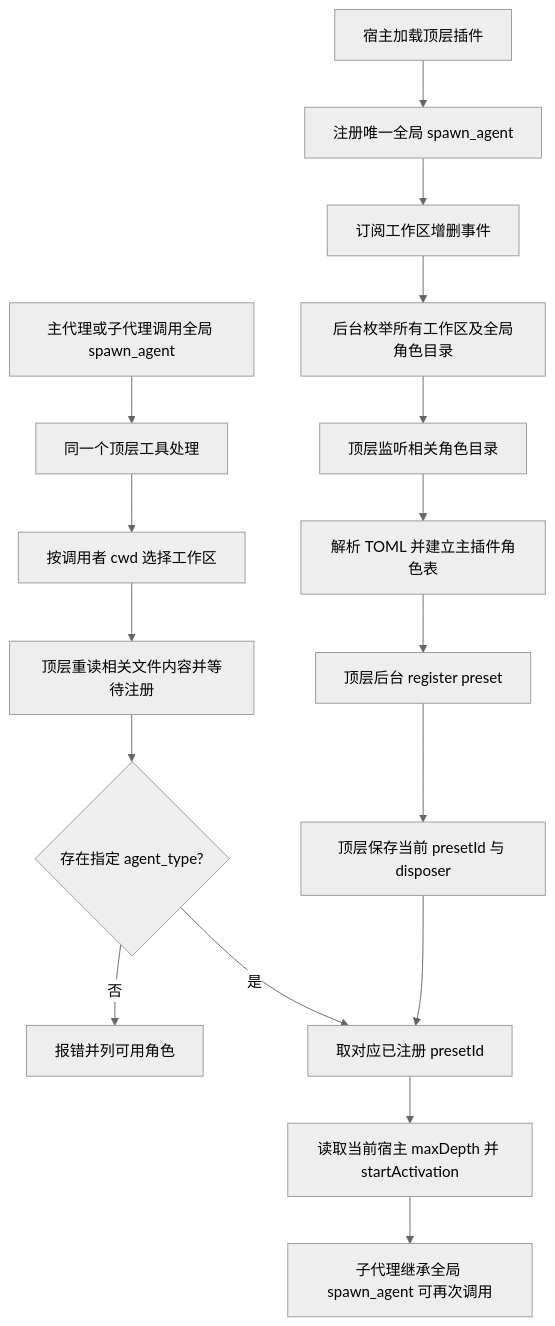
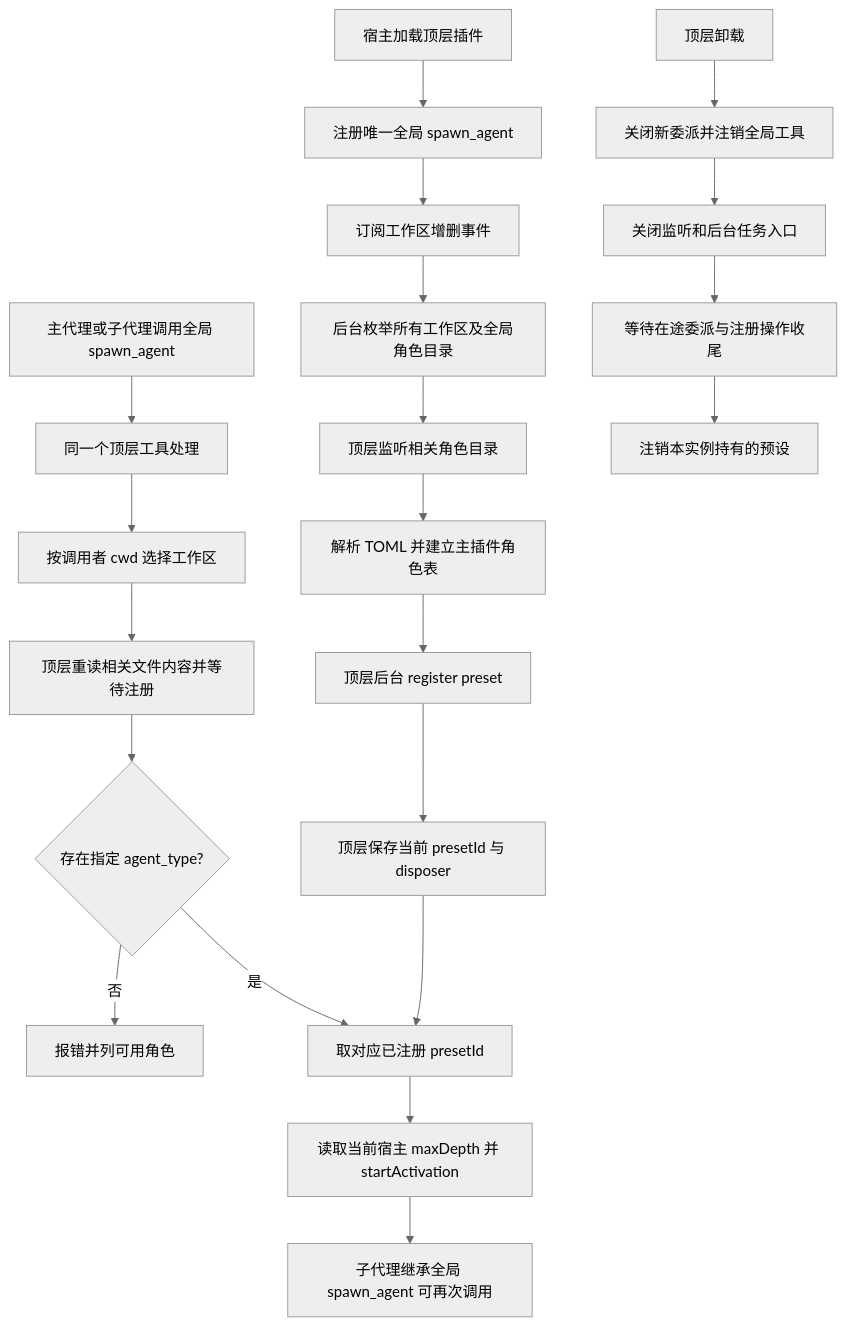
One commit to RekiDunois/dsh-codex-agents changed the diagram in plan/dsh-codex-agents.md. Above: the diagram before and after it, drawn with Mermaid (neutral theme). The commit also changed other lines of this file, not shown here.

````diff
--- a/plan/dsh-codex-agents.md
+++ b/plan/dsh-codex-agents.md
@@ -76,19 +77,23 @@
 ```mermaid
 flowchart TD
   A[宿主加载顶层插件] --> B[注册唯一全局 spawn_agent]
   B --> C[订阅工作区增删事件]
   C --> D[后台枚举所有工作区及全局角色目录]
   D --> W[顶层监听相关角色目录]
   W --> E[解析 TOML 并建立主插件角色表]
   E --> F[顶层后台 register preset]
   F --> G[顶层保存当前 presetId 与 disposer]
   H[主代理或子代理调用全局 spawn_agent] --> I[同一个顶层工具处理]
   I --> J[按调用者 cwd 选择工作区]
   J --> K[顶层重读相关文件内容并等待注册]
   K --> L{存在指定 agent_type?}
   L -->|否| M[报错并列可用角色]
   L -->|是| N[取对应已注册 presetId]
   G --> N
   N --> O[读取当前宿主 maxDepth 并 startActivation]
   O --> P[子代理继承全局 spawn_agent 可再次调用]
+  Q[顶层卸载] --> R[关闭新委派并注销全局工具]
+  R --> S[关闭监听和后台任务入口]
+  S --> T[等待在途委派与注册操作收尾]
+  T --> U[注销本实例持有的预设]
 ```
````
